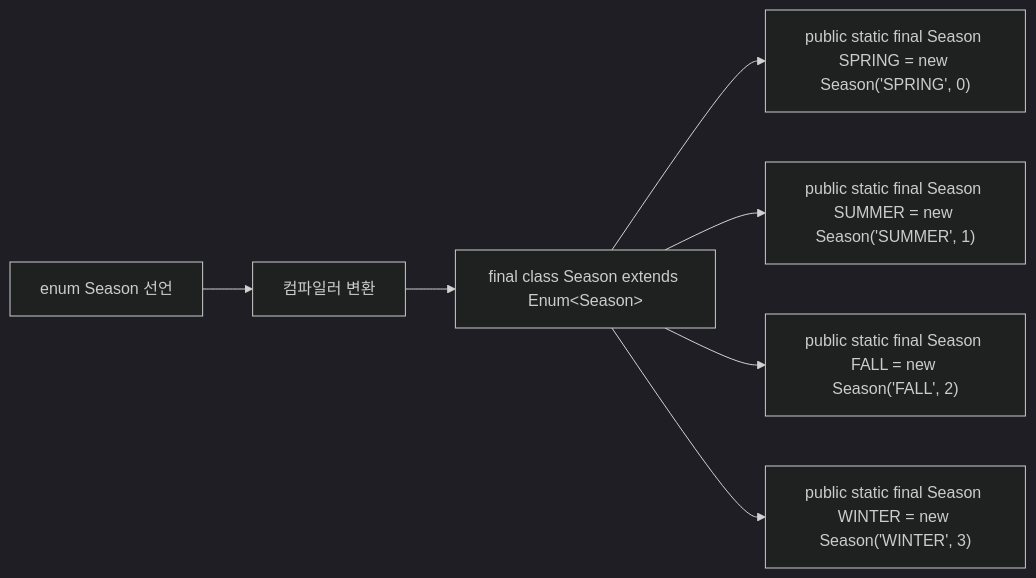
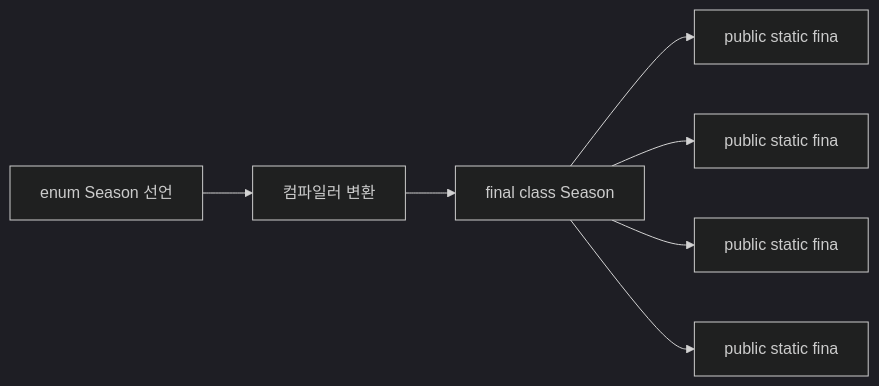
The first of 4 diagrams in _posts/java/2026-05-01-java-enum.md (yjkim2015/yjkim2015.github.io), drawn with Mermaid (dark theme) before and after one commit. The commit also changed other lines of this file and 271 other files, not shown here.

First line of the commit message:
Mermaid 라벨 축소: 긴 노드 텍스트 18자 이하로 트림 + \n 제거

````diff
--- a/_posts/java/2026-05-01-java-enum.md
+++ b/_posts/java/2026-05-01-java-enum.md
@@ -73,9 +73,9 @@
 ```mermaid
 graph LR
     A["enum Season 선언"] --> B["컴파일러 변환"]
-    B --> C["final class Season extends Enum&lt;Season&gt;"]
-    C --> D["public static final Season SPRING = new Season('SPRING', 0)"]
-    C --> E["public static final Season SUMMER = new Season('SUMMER', 1)"]
-    C --> F["public static final Season FALL = new Season('FALL', 2)"]
-    C --> G["public static final Season WINTER = new Season('WINTER', 3)"]
+    B --> C["final class Season"]
+    C --> D["public static fina"]
+    C --> E["public static fina"]
+    C --> F["public static fina"]
+    C --> G["public static fina"]
 ```
````
